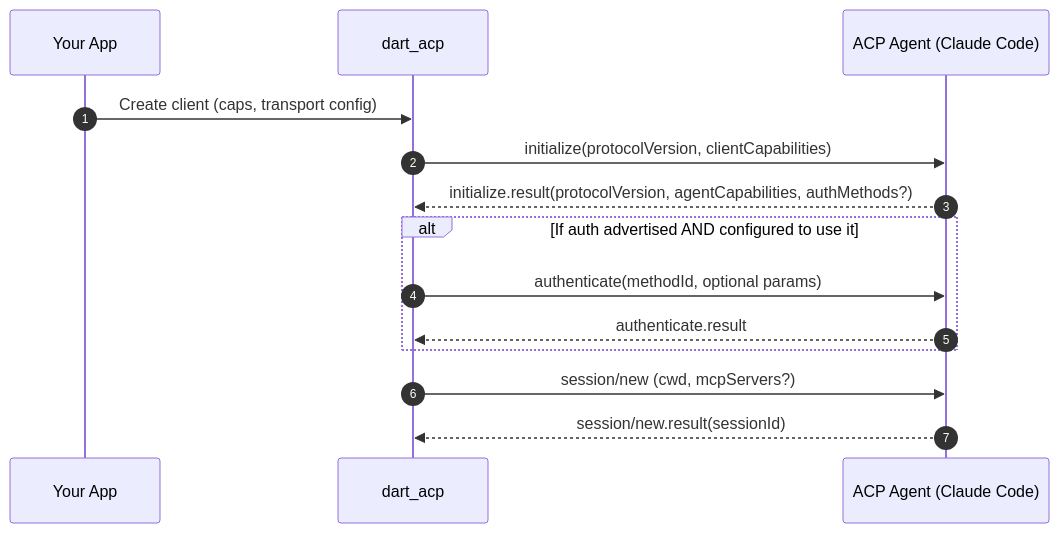
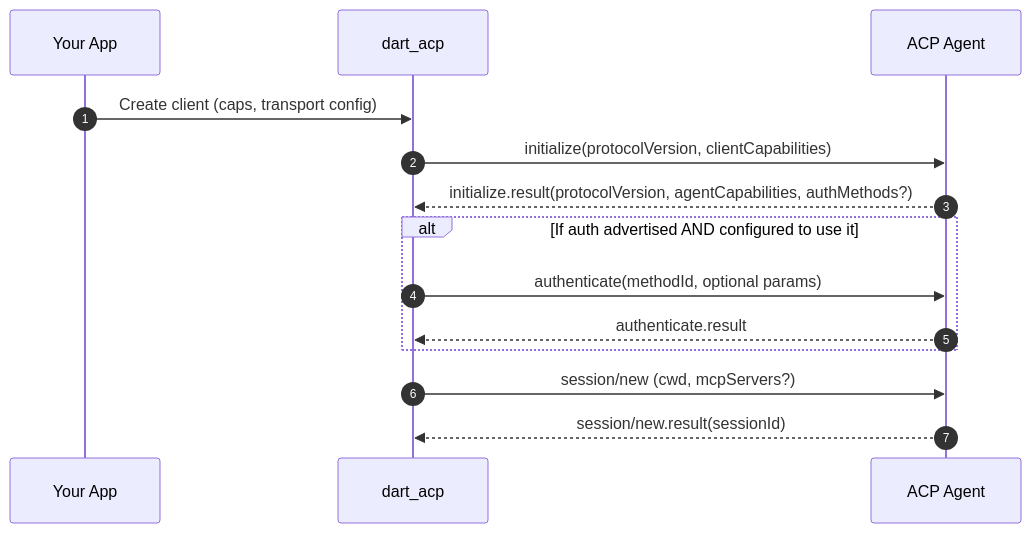
The second of 5 diagrams in specs/dart_acp_technical_design.md (csells/dart_acp), drawn with Mermaid before and after one commit. The commit also changed other lines of this file, not shown here.

````diff
--- a/specs/dart_acp_technical_design.md
+++ b/specs/dart_acp_technical_design.md
@@ -95,17 +97,17 @@
 ```mermaid
 sequenceDiagram
   autonumber
   participant App as Your App
   participant Lib as dart_acp
-  participant Agent as ACP Agent (Claude Code)
+  participant Agent as ACP Agent
 
   App->>Lib: Create client (caps, transport config)
   Lib->>Agent: initialize(protocolVersion, clientCapabilities)
   Agent-->>Lib: initialize.result(protocolVersion, agentCapabilities, authMethods?)
   alt If auth advertised AND configured to use it
     Lib->>Agent: authenticate(methodId, optional params)
     Agent-->>Lib: authenticate.result
   end
   Lib->>Agent: session/new (cwd, mcpServers?)
   Agent-->>Lib: session/new.result(sessionId)
 ```
````
